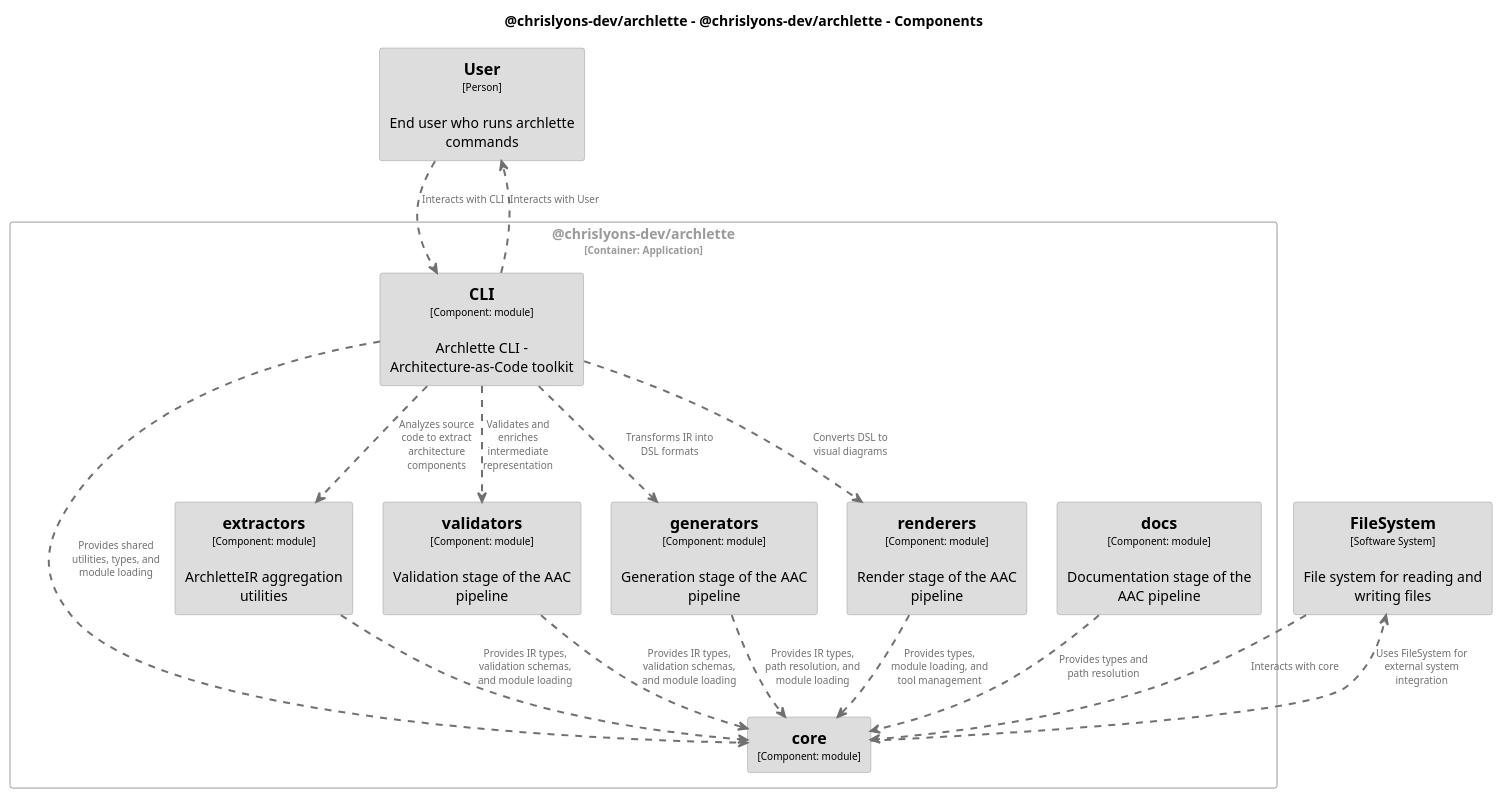
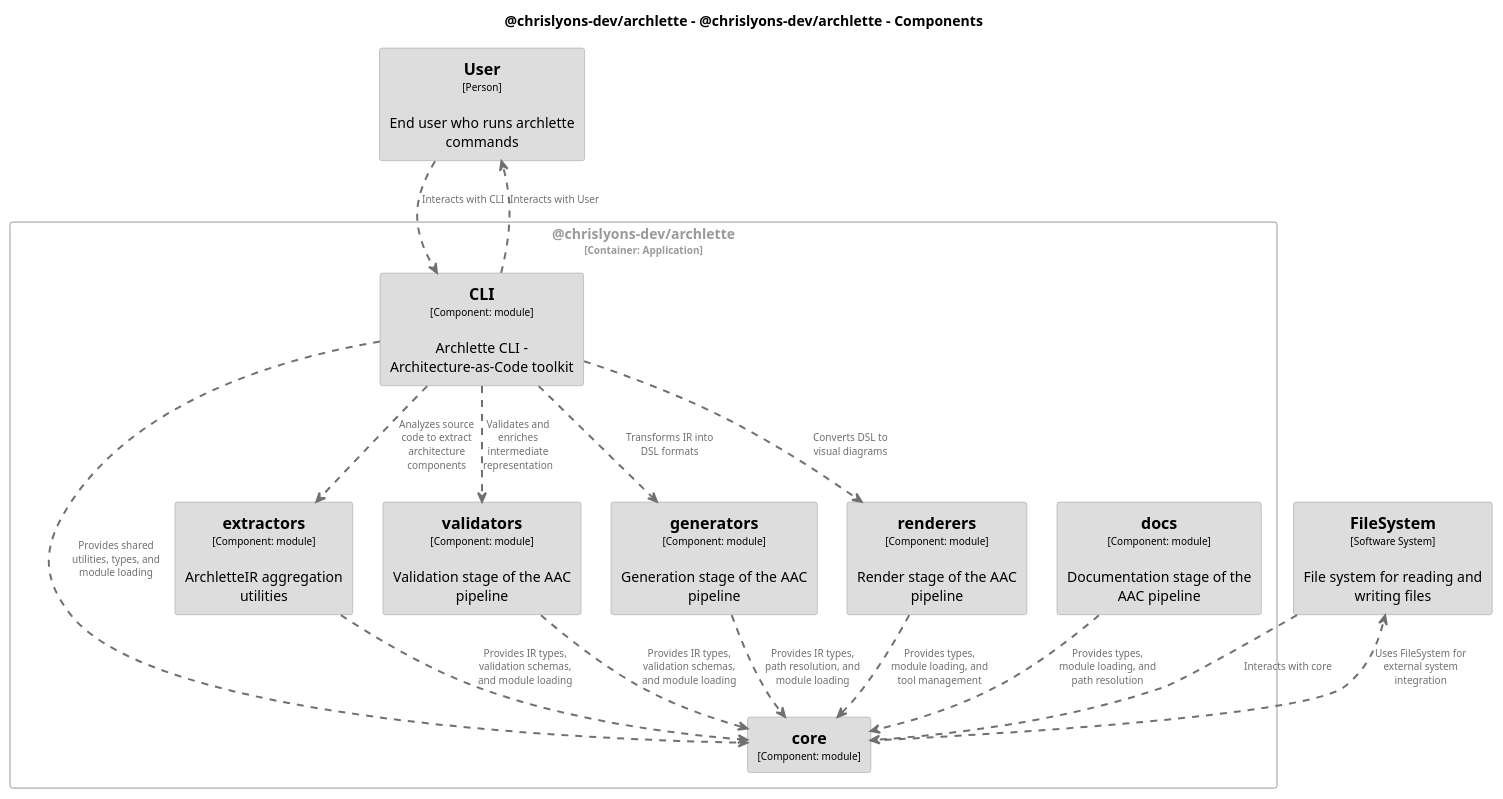
The diagram in docs/architecture/diagrams/plantuml/structurizr-Components__chrislyons_dev_archlette.puml (chrislyons-dev/archlette), drawn with PlantUML before and after one commit. The commit also changed 37 other files, not shown here.

```diff
--- a/docs/architecture/diagrams/plantuml/structurizr-Components__chrislyons_dev_archlette.puml
+++ b/docs/architecture/diagrams/plantuml/structurizr-Components__chrislyons_dev_archlette.puml
@@ -1,105 +1,105 @@
 @startuml
 set separator none
 title @chrislyons-dev/archlette - @chrislyons-dev/archlette - Components
 
 top to bottom direction
 skinparam ranksep 60
 skinparam nodesep 30
 
 skinparam {
   arrowFontSize 10
   defaultTextAlignment center
   wrapWidth 200
   maxMessageSize 100
 }
 
 hide stereotype
 
 skinparam rectangle<<chrislyonsdevarchlette.chrislyonsdevarchlette.CLI>> {
   BackgroundColor #dddddd
   FontColor #000000
   BorderColor #9a9a9a
   shadowing false
 }
 skinparam rectangle<<FileSystem>> {
   BackgroundColor #dddddd
   FontColor #000000
   BorderColor #9a9a9a
   shadowing false
 }
 skinparam rectangle<<User>> {
   BackgroundColor #dddddd
   FontColor #000000
   BorderColor #9a9a9a
   shadowing false
 }
 skinparam rectangle<<chrislyonsdevarchlette.chrislyonsdevarchlette.core>> {
   BackgroundColor #dddddd
   FontColor #000000
   BorderColor #9a9a9a
   shadowing false
 }
 skinparam rectangle<<chrislyonsdevarchlette.chrislyonsdevarchlette.docs>> {
   BackgroundColor #dddddd
   FontColor #000000
   BorderColor #9a9a9a
   shadowing false
 }
 skinparam rectangle<<chrislyonsdevarchlette.chrislyonsdevarchlette.extractors>> {
   BackgroundColor #dddddd
   FontColor #000000
   BorderColor #9a9a9a
   shadowing false
 }
 skinparam rectangle<<chrislyonsdevarchlette.chrislyonsdevarchlette.generators>> {
   BackgroundColor #dddddd
   FontColor #000000
   BorderColor #9a9a9a
   shadowing false
 }
 skinparam rectangle<<chrislyonsdevarchlette.chrislyonsdevarchlette.renderers>> {
   BackgroundColor #dddddd
   FontColor #000000
   BorderColor #9a9a9a
   shadowing false
 }
 skinparam rectangle<<chrislyonsdevarchlette.chrislyonsdevarchlette.validators>> {
   BackgroundColor #dddddd
   FontColor #000000
   BorderColor #9a9a9a
   shadowing false
 }
 skinparam rectangle<<chrislyonsdevarchlette.chrislyonsdevarchlette>> {
   BorderColor #9a9a9a
   FontColor #9a9a9a
   shadowing false
 }
 
 rectangle "==User\n<size:10>[Person]</size>\n\nEnd user who runs archlette commands" <<User>> as User
 rectangle "==FileSystem\n<size:10>[Software System]</size>\n\nFile system for reading and writing files" <<FileSystem>> as FileSystem
 
 rectangle "@chrislyons-dev/archlette\n<size:10>[Container: Application]</size>" <<chrislyonsdevarchlette.chrislyonsdevarchlette>> {
   rectangle "==docs\n<size:10>[Component: module]</size>\n\nDocumentation stage of the AAC pipeline" <<chrislyonsdevarchlette.chrislyonsdevarchlette.docs>> as chrislyonsdevarchlette.chrislyonsdevarchlette.docs
   rectangle "==core\n<size:10>[Component: module]</size>" <<chrislyonsdevarchlette.chrislyonsdevarchlette.core>> as chrislyonsdevarchlette.chrislyonsdevarchlette.core
   rectangle "==CLI\n<size:10>[Component: module]</size>\n\nArchlette CLI - Architecture-as-Code toolkit" <<chrislyonsdevarchlette.chrislyonsdevarchlette.CLI>> as chrislyonsdevarchlette.chrislyonsdevarchlette.CLI
   rectangle "==extractors\n<size:10>[Component: module]</size>\n\nArchletteIR aggregation utilities" <<chrislyonsdevarchlette.chrislyonsdevarchlette.extractors>> as chrislyonsdevarchlette.chrislyonsdevarchlette.extractors
   rectangle "==validators\n<size:10>[Component: module]</size>\n\nValidation stage of the AAC pipeline" <<chrislyonsdevarchlette.chrislyonsdevarchlette.validators>> as chrislyonsdevarchlette.chrislyonsdevarchlette.validators
   rectangle "==generators\n<size:10>[Component: module]</size>\n\nGeneration stage of the AAC pipeline" <<chrislyonsdevarchlette.chrislyonsdevarchlette.generators>> as chrislyonsdevarchlette.chrislyonsdevarchlette.generators
   rectangle "==renderers\n<size:10>[Component: module]</size>\n\nRender stage of the AAC pipeline" <<chrislyonsdevarchlette.chrislyonsdevarchlette.renderers>> as chrislyonsdevarchlette.chrislyonsdevarchlette.renderers
 }
 
+chrislyonsdevarchlette.chrislyonsdevarchlette.core .[#707070,thickness=2].> FileSystem : "<color:#707070>Uses FileSystem for external system integration"
 chrislyonsdevarchlette.chrislyonsdevarchlette.CLI .[#707070,thickness=2].> chrislyonsdevarchlette.chrislyonsdevarchlette.extractors : "<color:#707070>Analyzes source code to extract architecture components"
 chrislyonsdevarchlette.chrislyonsdevarchlette.CLI .[#707070,thickness=2].> chrislyonsdevarchlette.chrislyonsdevarchlette.validators : "<color:#707070>Validates and enriches intermediate representation"
 chrislyonsdevarchlette.chrislyonsdevarchlette.CLI .[#707070,thickness=2].> chrislyonsdevarchlette.chrislyonsdevarchlette.generators : "<color:#707070>Transforms IR into DSL formats"
 chrislyonsdevarchlette.chrislyonsdevarchlette.CLI .[#707070,thickness=2].> chrislyonsdevarchlette.chrislyonsdevarchlette.renderers : "<color:#707070>Converts DSL to visual diagrams"
 chrislyonsdevarchlette.chrislyonsdevarchlette.CLI .[#707070,thickness=2].> chrislyonsdevarchlette.chrislyonsdevarchlette.core : "<color:#707070>Provides shared utilities, types, and module loading"
 chrislyonsdevarchlette.chrislyonsdevarchlette.extractors .[#707070,thickness=2].> chrislyonsdevarchlette.chrislyonsdevarchlette.core : "<color:#707070>Provides IR types, validation schemas, and module loading"
 chrislyonsdevarchlette.chrislyonsdevarchlette.validators .[#707070,thickness=2].> chrislyonsdevarchlette.chrislyonsdevarchlette.core : "<color:#707070>Provides IR types, validation schemas, and module loading"
 chrislyonsdevarchlette.chrislyonsdevarchlette.generators .[#707070,thickness=2].> chrislyonsdevarchlette.chrislyonsdevarchlette.core : "<color:#707070>Provides IR types, path resolution, and module loading"
 chrislyonsdevarchlette.chrislyonsdevarchlette.renderers .[#707070,thickness=2].> chrislyonsdevarchlette.chrislyonsdevarchlette.core : "<color:#707070>Provides types, module loading, and tool management"
-chrislyonsdevarchlette.chrislyonsdevarchlette.docs .[#707070,thickness=2].> chrislyonsdevarchlette.chrislyonsdevarchlette.core : "<color:#707070>Provides types and path resolution"
+chrislyonsdevarchlette.chrislyonsdevarchlette.docs .[#707070,thickness=2].> chrislyonsdevarchlette.chrislyonsdevarchlette.core : "<color:#707070>Provides types, module loading, and path resolution"
 User .[#707070,thickness=2].> chrislyonsdevarchlette.chrislyonsdevarchlette.CLI : "<color:#707070>Interacts with CLI"
 FileSystem .[#707070,thickness=2].> chrislyonsdevarchlette.chrislyonsdevarchlette.core : "<color:#707070>Interacts with core"
 chrislyonsdevarchlette.chrislyonsdevarchlette.CLI .[#707070,thickness=2].> User : "<color:#707070>Interacts with User"
-chrislyonsdevarchlette.chrislyonsdevarchlette.core .[#707070,thickness=2].> FileSystem : "<color:#707070>Uses FileSystem for external system integration"
 @enduml
```
